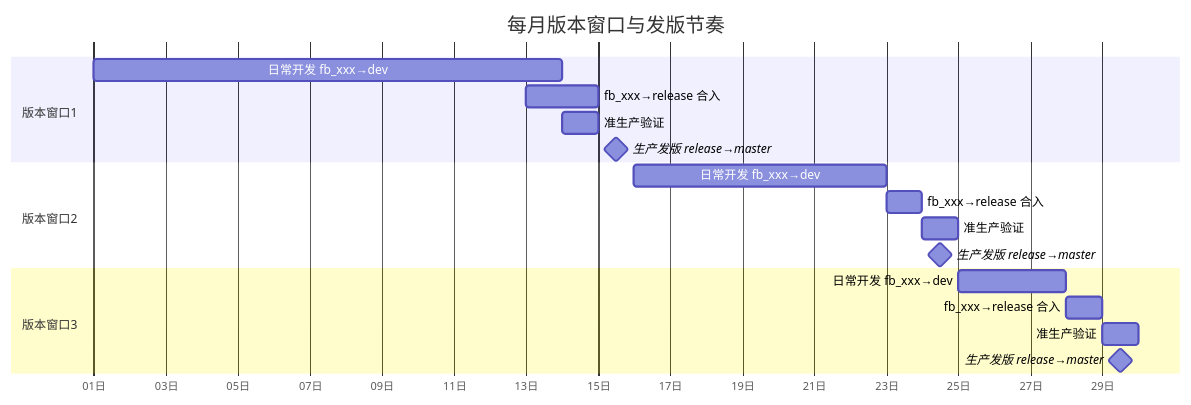
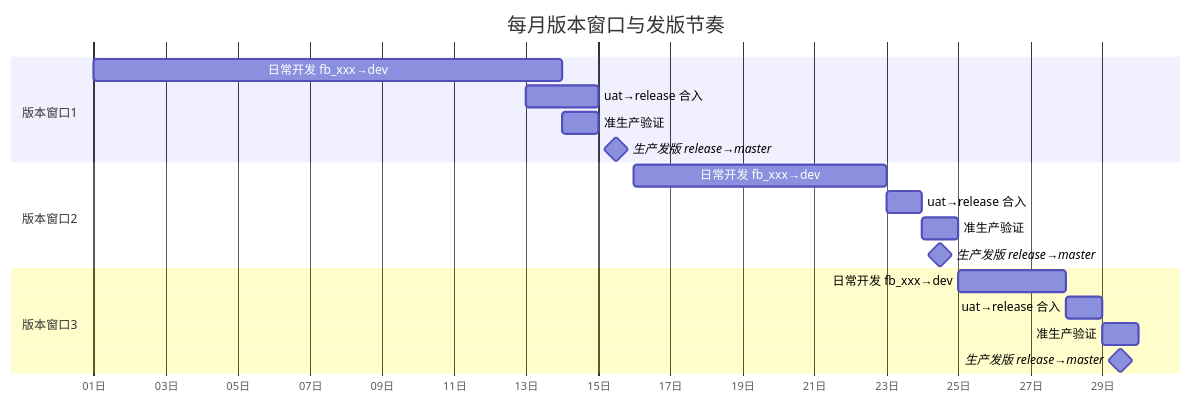
Before and after one commit to livebug/vpblogs: the ninth of 19 diagrams in docs/learn/VSCodeEx/2026-07-11-vscode-git-guide.md, drawn with Mermaid. The commit also changed other lines of this file and 6 other files, not shown here.

First line of the commit message:
feat: ETL Git 操作手册 + Mermaid 图表渲染 + 页面美化

````diff
--- a/docs/learn/VSCodeEx/2026-07-11-vscode-git-guide.md
+++ b/docs/learn/VSCodeEx/2026-07-11-vscode-git-guide.md
@@ -398,24 +414,24 @@
 ```mermaid
 gantt
     title 每月版本窗口与发版节奏
     dateFormat  DD
     axisFormat  %d日
     
     section 版本窗口1
     日常开发 fb_xxx→dev    :a1, 01, 13d
-    fb_xxx→release 合入    :a2, 13, 2d
+    uat→release 合入       :a2, 13, 2d
     准生产验证             :a3, 14, 1d
     生产发版 release→master :milestone, a4, 15, 1d
     
     section 版本窗口2
     日常开发 fb_xxx→dev    :b1, 16, 7d
-    fb_xxx→release 合入    :b2, 23, 1d
+    uat→release 合入       :b2, 23, 1d
     准生产验证             :b3, 24, 1d
     生产发版 release→master :milestone, b4, 24, 1d
     
     section 版本窗口3
     日常开发 fb_xxx→dev    :c1, 25, 3d
-    fb_xxx→release 合入    :c2, 28, 1d
+    uat→release 合入       :c2, 28, 1d
     准生产验证             :c3, 29, 1d
     生产发版 release→master :milestone, c4, 29, 1d
 ```
````
